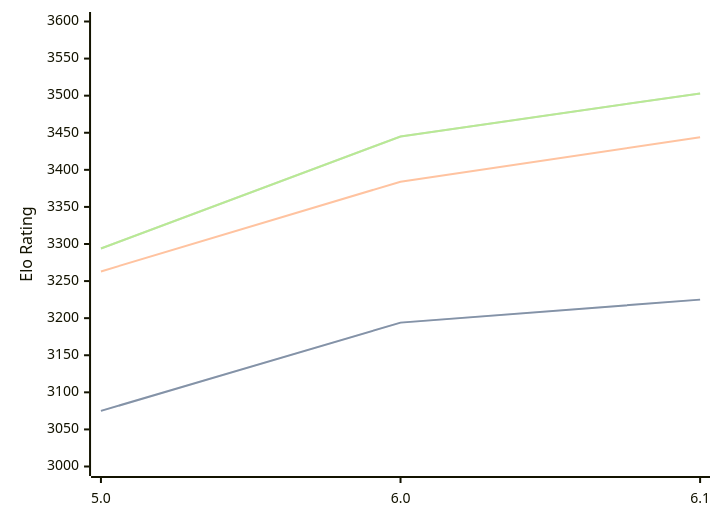
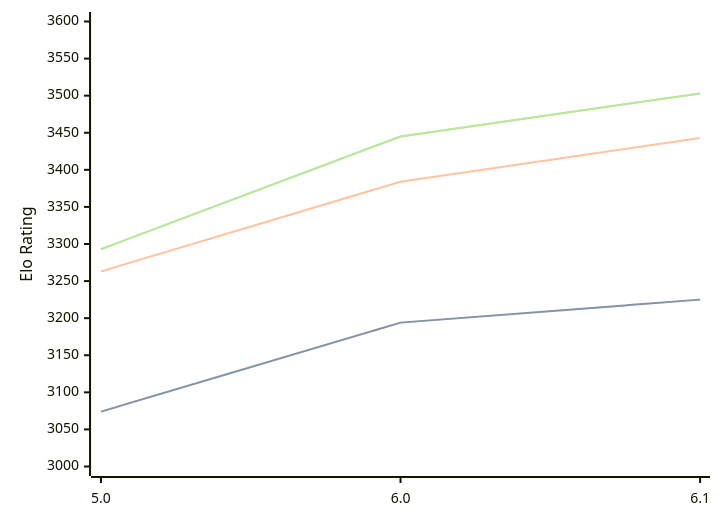
One commit to computer-chess-index/cci changed the diagram in engines/PZChessBot.md. Above: the diagram before and after it, drawn with Mermaid. The commit also changed other lines of this file, not shown here.

Commit message:
Update CCI Ratings (ELO VLTC) - 2026-04-06

````diff
--- a/engines/PZChessBot.md
+++ b/engines/PZChessBot.md
@@ -42,11 +42,11 @@
 ```mermaid
 %%{init: {"theme":"base","themeVariables":{"seriesColors:['#a3a3a3','#222221','#faa371']}}}%%
 xychart-beta
   x-axis ["5.0", "6.0", "6.1"]
   y-axis "Elo Rating" 3000 --> 3600
-  line "STC (8.0+0.08s)" [3075, 3194, 3225]
-  line "STC (8.0+0.08s)" [3075, 3194, 3225]
-  line "LTC (60.0+0.60s)" [3263, 3384, 3444]
-  line "VLTC (2m24s+1.12s)" [3294, 3445, 3503]
-  line "VLTC (2m24s+1.12s)" [3294, 3445, 3503]
+  line "STC (8.0+0.08s)" [3074, 3194, 3225]
+  line "STC (8.0+0.08s)" [3074, 3194, 3225]
+  line "LTC (60.0+0.60s)" [3263, 3384, 3443]
+  line "VLTC (2m24s+1.12s)" [3293, 3445, 3503]
+  line "VLTC (2m24s+1.12s)" [3293, 3445, 3503]
 ```
````
